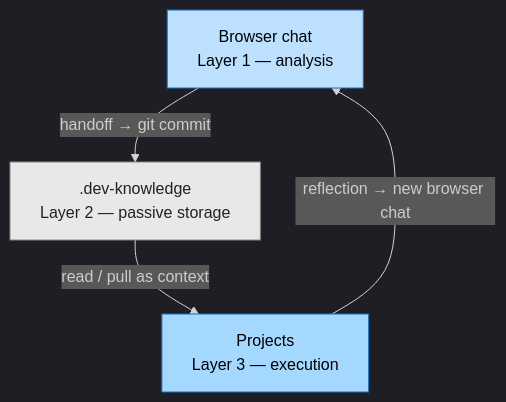
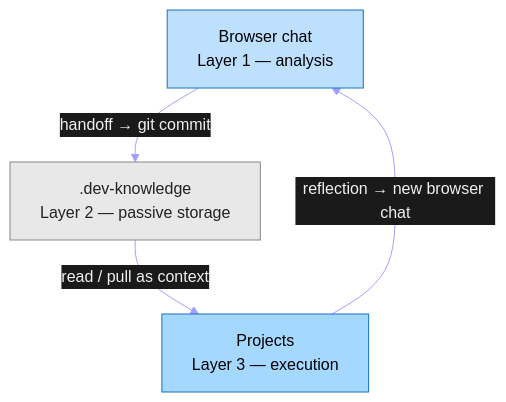
The second of 6 diagrams in ARCHITECTURE.md (rdwornik/dev-knowledge), drawn with Mermaid before and after one commit. The commit also changed other lines of this file and 2 other files, not shown here.

First line of the commit message:
fix(architecture): high-contrast mermaid theme + explicit color overrides

````diff
--- a/ARCHITECTURE.md
+++ b/ARCHITECTURE.md
@@ -47,19 +47,19 @@
 ```mermaid
-%%{init: {'theme':'dark'}}%%
+%%{init: {'theme':'base', 'themeVariables': {'darkMode':true,'background':'#1a1a1a','primaryColor':'#2d2d3d','primaryTextColor':'#f0f0f0','primaryBorderColor':'#8a86ff','lineColor':'#a0a0ff','textColor':'#f0f0f0','mainBkg':'#2d2d3d','secondaryColor':'#3d2d3d','tertiaryColor':'#22323a','clusterBkg':'#222232','clusterBorder':'#555577','edgeLabelBackground':'#1a1a1a','titleColor':'#f0f0f0','nodeBorder':'#8a86ff'}}}%%
 flowchart TD
     L1["Browser chat<br/>Layer 1 — analysis"]
     L2[".dev-knowledge<br/>Layer 2 — passive storage"]
     L3["Projects<br/>Layer 3 — execution"]
 
     L1 -->|handoff → git commit| L2
     L2 -->|read / pull as context| L3
     L3 -->|reflection → new browser chat| L1
 
     classDef analysis fill:#bde0fe,stroke:#1971c2,color:#000
     classDef storage fill:#e8e8e8,stroke:#888,color:#222
     classDef execution fill:#a5d8ff,stroke:#1971c2,color:#000
 
     class L1 analysis
     class L2 storage
     class L3 execution
 ```
````
